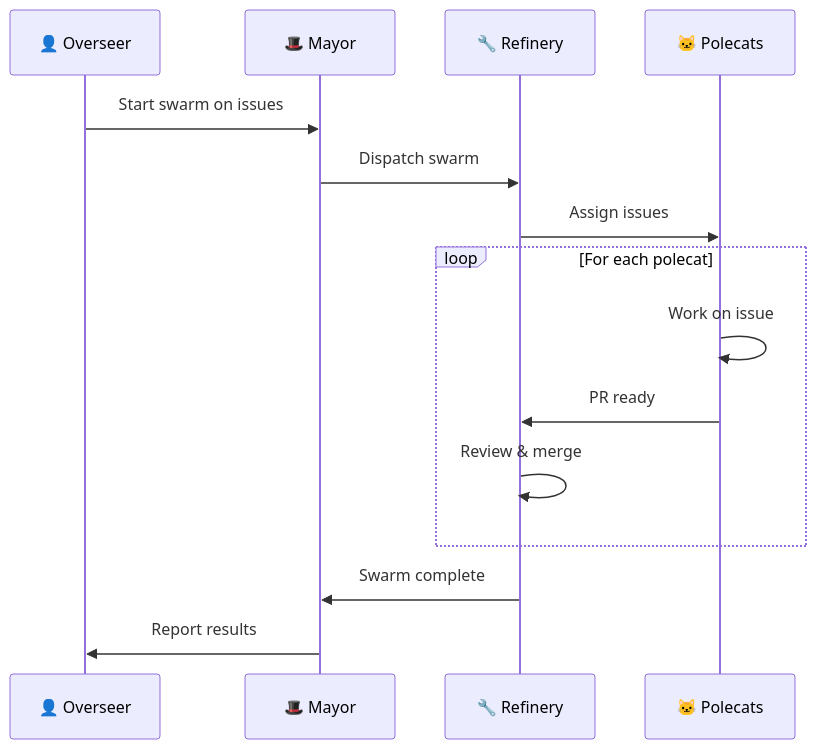
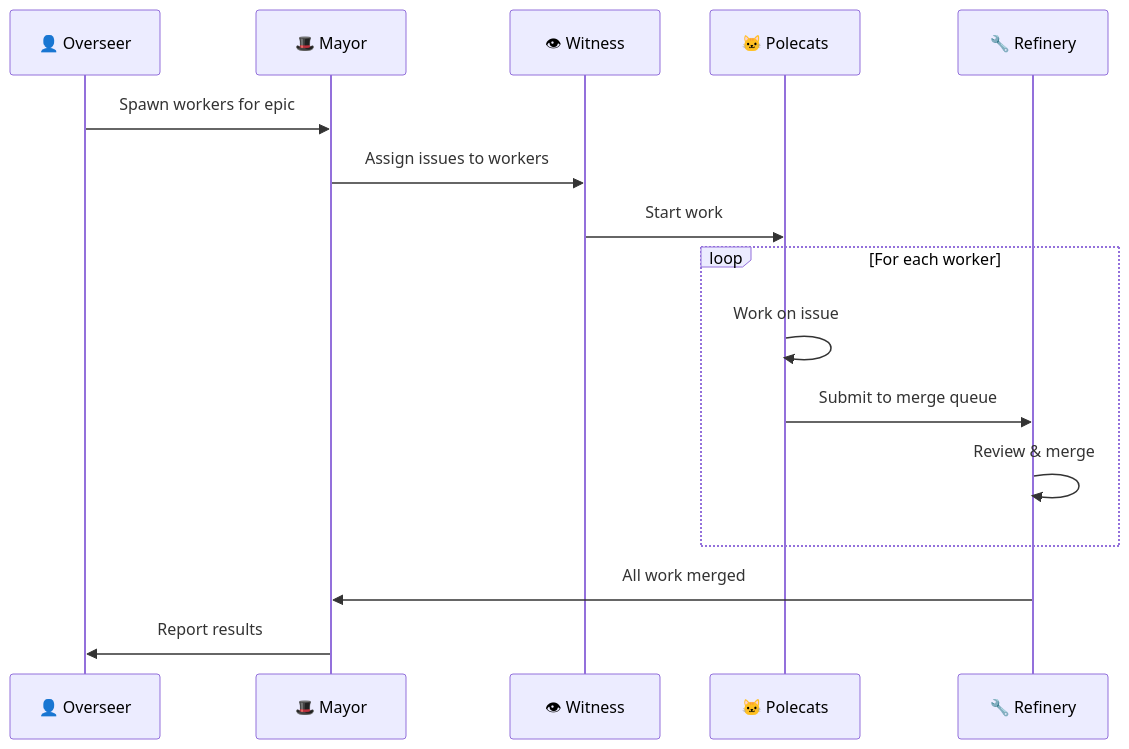
One commit to wsaults/gastown changed the sixth of 10 diagrams in docs/architecture.md. Above: the diagram before and after it, drawn with Mermaid. The commit also changed other lines of this file, not shown here.

First line of the commit message:
docs: eliminate Swarm ID concept, adopt stream model

````diff
--- a/docs/architecture.md
+++ b/docs/architecture.md
@@ -428,20 +432,21 @@
 ```mermaid
 sequenceDiagram
     participant O as 👤 Overseer
     participant M as 🎩 Mayor
+    participant W as 👁 Witness
+    participant P as 🐱 Polecats
     participant R as 🔧 Refinery
-    participant P as 🐱 Polecats
 
-    O->>M: Start swarm on issues
-    M->>R: Dispatch swarm
-    R->>P: Assign issues
+    O->>M: Spawn workers for epic
+    M->>W: Assign issues to workers
+    W->>P: Start work
 
-    loop For each polecat
+    loop For each worker
         P->>P: Work on issue
-        P->>R: PR ready
+        P->>R: Submit to merge queue
         R->>R: Review & merge
     end
 
-    R->>M: Swarm complete
+    R->>M: All work merged
     M->>O: Report results
 ```
````
